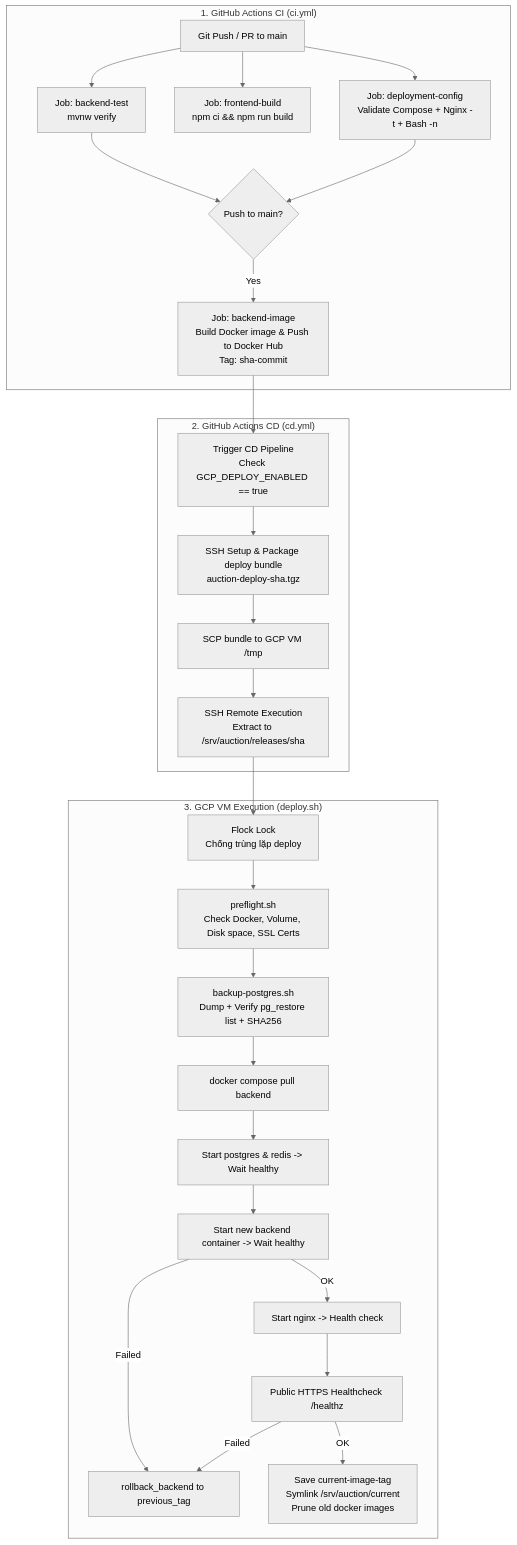
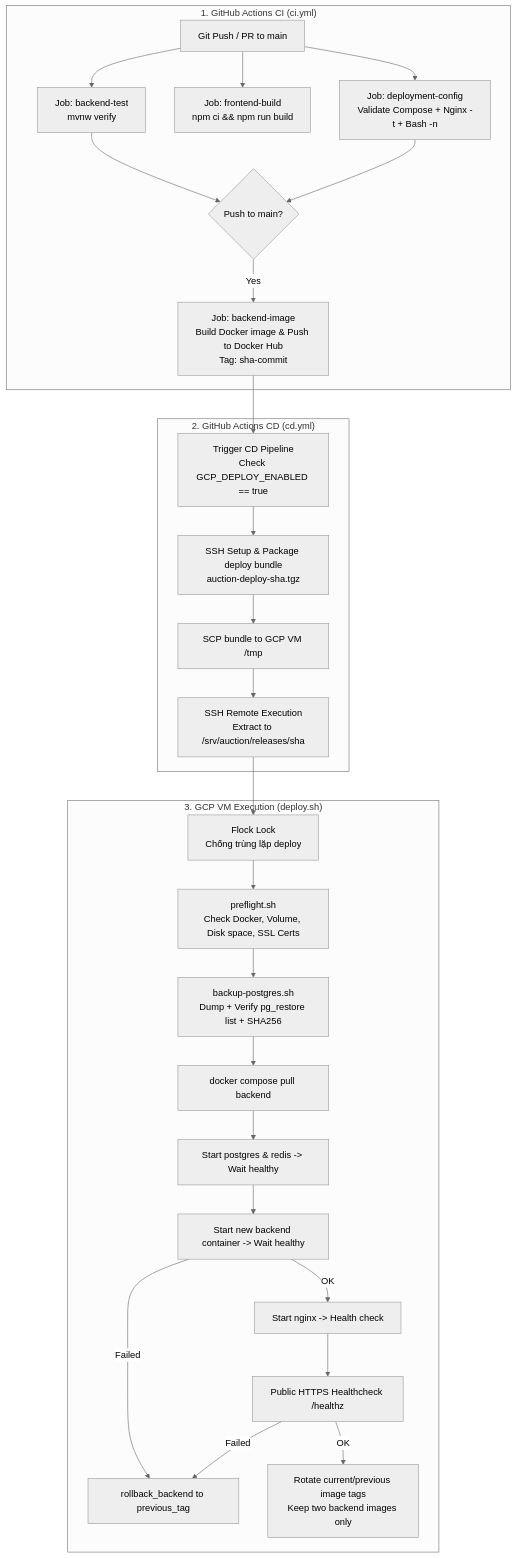
Before and after one commit to Tinh0804/AuctionPlatform: the diagram in docs/flow-deploy.mmd, drawn with Mermaid (neutral theme). The commit also changed 8 other files, not shown here.

Commit message:
feat(deploy): retain two backend images with safe rollback and CI validation

```diff
--- a/docs/flow-deploy.mmd
+++ b/docs/flow-deploy.mmd
@@ -1,29 +1,29 @@
 flowchart TD
     subgraph CI["1. GitHub Actions CI (ci.yml)"]
         A[Git Push / PR to main] --> B1[Job: backend-test\nmvnw verify]
         A --> B2[Job: frontend-build\nnpm ci && npm run build]
         A --> B3[Job: deployment-config\nValidate Compose + Nginx -t + Bash -n]
         B1 & B3 --> C{Push to main?}
         C -- Yes --> D[Job: backend-image\nBuild Docker image & Push to Docker Hub\nTag: sha-commit]
     end
 
     subgraph CD["2. GitHub Actions CD (cd.yml)"]
         D --> E[Trigger CD Pipeline\nCheck GCP_DEPLOY_ENABLED == true]
         E --> F[SSH Setup & Package deploy bundle\nauction-deploy-sha.tgz]
         F --> G[SCP bundle to GCP VM /tmp]
         G --> H[SSH Remote Execution\nExtract to /srv/auction/releases/sha]
     end
 
     subgraph VM["3. GCP VM Execution (deploy.sh)"]
         H --> I[Flock Lock\nChống trùng lặp deploy]
         I --> J[preflight.sh\nCheck Docker, Volume, Disk space, SSL Certs]
         J --> K[backup-postgres.sh\nDump + Verify pg_restore list + SHA256]
         K --> L[docker compose pull backend]
         L --> M[Start postgres & redis -> Wait healthy]
         M --> N[Start new backend container -> Wait healthy]
         N -- Failed --> O[rollback_backend to previous_tag]
         N -- OK --> P[Start nginx -> Health check]
         P --> Q[Public HTTPS Healthcheck /healthz]
         Q -- Failed --> O
-        Q -- OK --> R[Save current-image-tag\nSymlink /srv/auction/current\nPrune old docker images]
+        Q -- OK --> R[Rotate current/previous image tags\nKeep two backend images only]
     end
```
